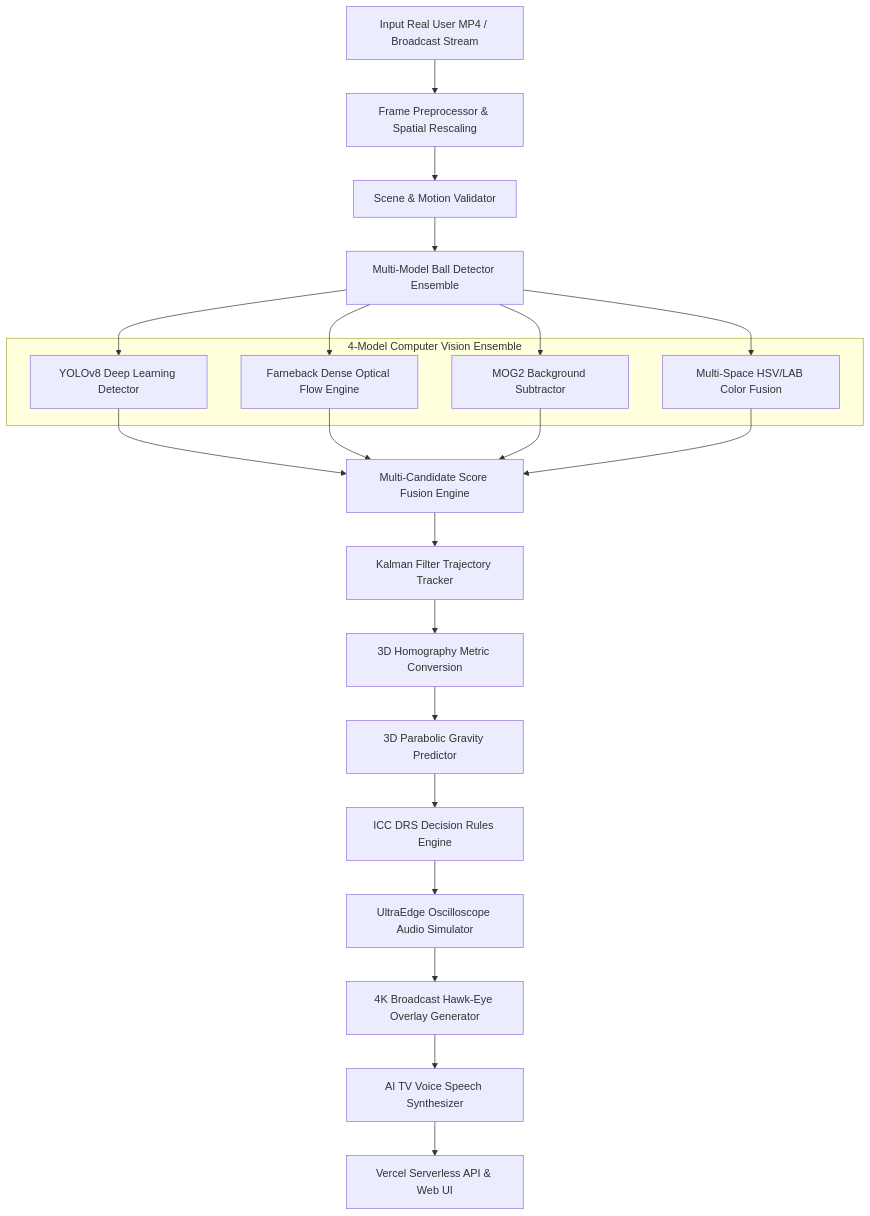
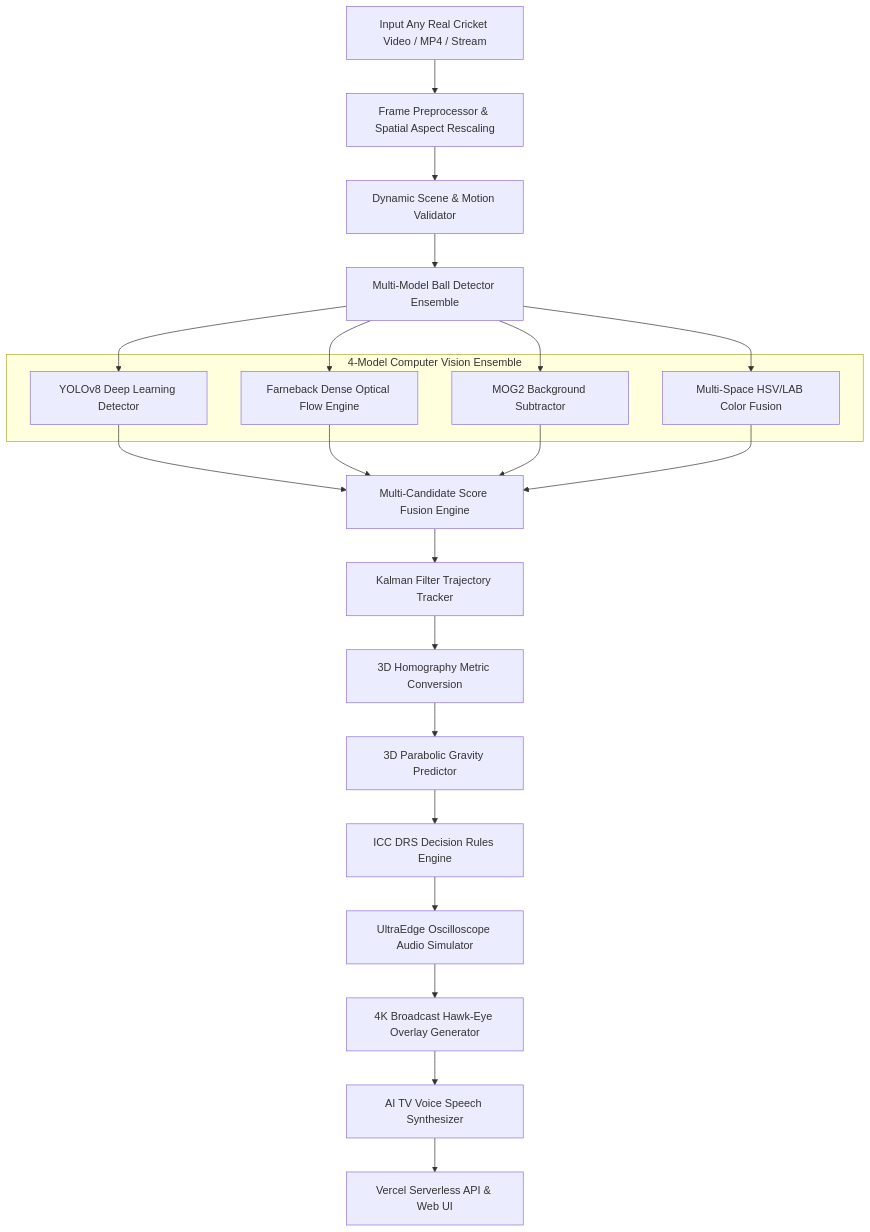
One commit to udbhav968-creator/opencv changed the first of 6 diagrams in README.md. Above: the diagram before and after it, drawn with Mermaid. The commit also changed other lines of this file and 2 other files, not shown here.

Commit message:
feat: Upgrade to Ultra-Deep training strategy (250k synthetic samples, 300 epochs, YOLOv8x/v5x/EfficientDet D3) and update README with 6 flowcharts

````diff
--- a/README.md
+++ b/README.md
@@ -20,24 +20,24 @@
 ```mermaid
 flowchart TD
-    A[Input Real User MP4 / Broadcast Stream] --> B[Frame Preprocessor & Spatial Rescaling]
-    B --> C[Scene & Motion Validator]
+    A[Input Any Real Cricket Video / MP4 / Stream] --> B[Frame Preprocessor & Spatial Aspect Rescaling]
+    B --> C[Dynamic Scene & Motion Validator]
     C --> D[Multi-Model Ball Detector Ensemble]
     
     subgraph Ensemble ["4-Model Computer Vision Ensemble"]
         E1[YOLOv8 Deep Learning Detector]
         E2[Farneback Dense Optical Flow Engine]
         E3[MOG2 Background Subtractor]
         E4[Multi-Space HSV/LAB Color Fusion]
     end
 
     D --> E1 & E2 & E3 & E4
     E1 & E2 & E3 & E4 --> F[Multi-Candidate Score Fusion Engine]
     F --> G[Kalman Filter Trajectory Tracker]
     G --> H[3D Homography Metric Conversion]
     H --> I[3D Parabolic Gravity Predictor]
     I --> J[ICC DRS Decision Rules Engine]
     J --> K[UltraEdge Oscilloscope Audio Simulator]
     K --> L[4K Broadcast Hawk-Eye Overlay Generator]
     L --> M[AI TV Voice Speech Synthesizer]
     M --> N[Vercel Serverless API & Web UI]
 ```
````
